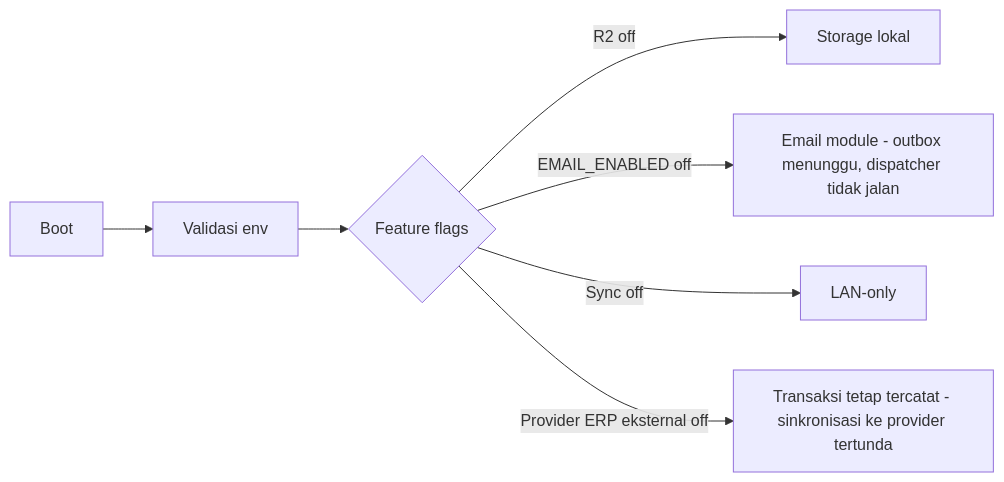
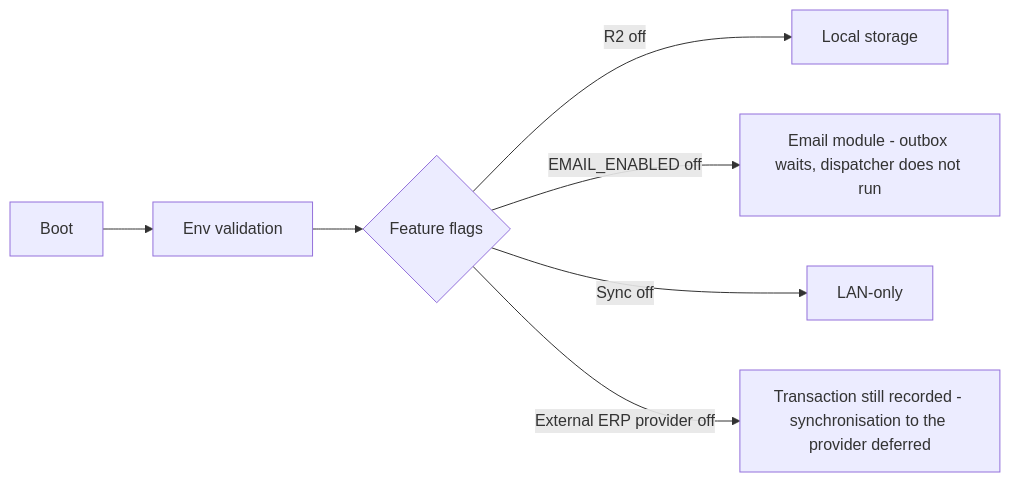
Before and after one commit to ahliweb/awcms: the second of 3 diagrams in docs/awcms/18_configuration_env_reference.md, drawn with Mermaid. The commit also changed other lines of this file and 603 other files, not shown here.

````diff
--- a/docs/awcms/18_configuration_env_reference.md
+++ b/docs/awcms/18_configuration_env_reference.md
@@ -436,9 +446,9 @@
 ```mermaid
 flowchart LR
-  Boot[Boot] --> Val[Validasi env]
+  Boot[Boot] --> Val[Env validation]
   Val --> Flags{Feature flags}
-  Flags -->|R2 off| L[Storage lokal]
-  Flags -->|EMAIL_ENABLED off| Q0[Email module - outbox menunggu, dispatcher tidak jalan]
+  Flags -->|R2 off| L[Local storage]
+  Flags -->|EMAIL_ENABLED off| Q0[Email module - outbox waits, dispatcher does not run]
   Flags -->|Sync off| LanOnly[LAN-only]
-  Flags -->|Provider ERP eksternal off| Q1[Transaksi tetap tercatat - sinkronisasi ke provider tertunda]
+  Flags -->|External ERP provider off| Q1[Transaction still recorded - synchronisation to the provider deferred]
 ```
````
